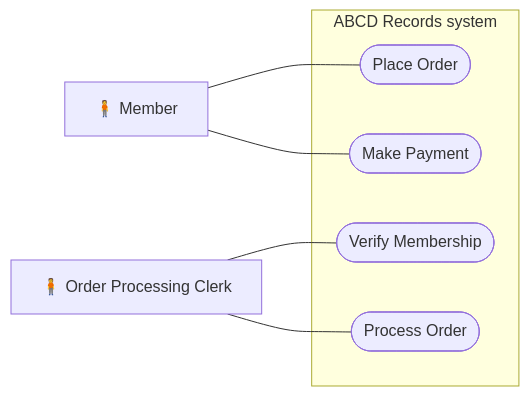
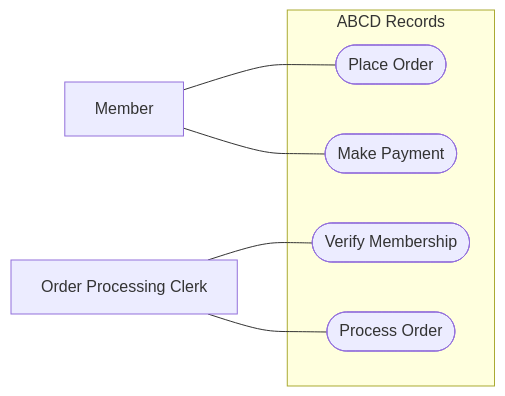
The first of 8 diagrams in 04-uml/abcd_records/README.md (mathislepoutre1/oop-python-exercises), drawn with Mermaid before and after one commit. The commit also changed other lines of this file and 8 other files, not shown here.

````diff
--- a/04-uml/abcd_records/README.md
+++ b/04-uml/abcd_records/README.md
@@ -17,15 +11,15 @@
 ```mermaid
 flowchart LR
-    M["🧍 Member"]
-    C["🧍 Order Processing Clerk"]
-    subgraph ABCD["ABCD Records system"]
+    M["Member"]
+    C["Order Processing Clerk"]
+    subgraph ABCD["ABCD Records"]
         PO([Place Order])
         VM([Verify Membership])
         PR([Process Order])
         MP([Make Payment])
     end
     M --- PO
     M --- MP
     C --- VM
     C --- PR
 ```
````
